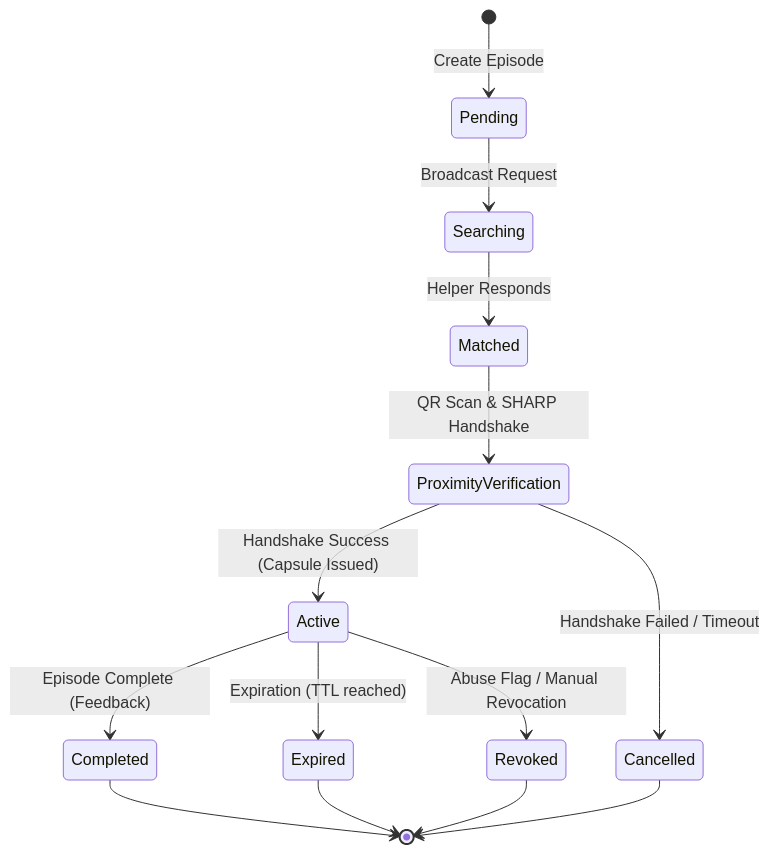
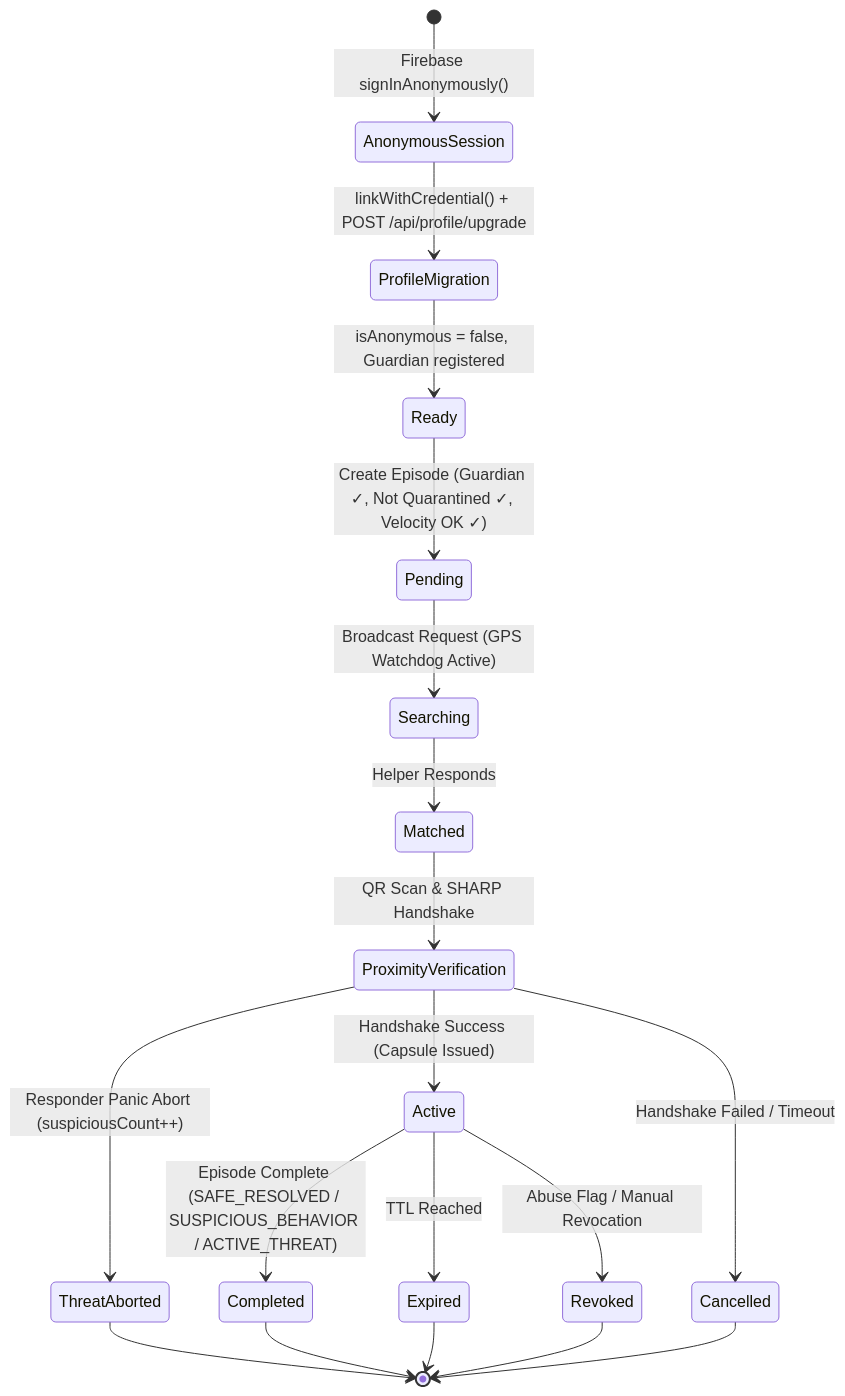
The diagram in discovery/5_user_flow.md (TheOrionGD/Connify-APP), drawn with Mermaid before and after one commit. The commit also changed other lines of this file and 40 other files, not shown here.

Commit message:
feat: implement v2.0 safety core architecture including behavioral risk engine, GPS watchdog services, and guardian management systems

````diff
--- a/discovery/5_user_flow.md
+++ b/discovery/5_user_flow.md
@@ -61,16 +111,21 @@
 ```mermaid
 stateDiagram-v2
-    [*] --> Pending : Create Episode
-    Pending --> Searching : Broadcast Request
+    [*] --> AnonymousSession : Firebase signInAnonymously()
+    AnonymousSession --> ProfileMigration : linkWithCredential() + POST /api/profile/upgrade
+    ProfileMigration --> Ready : isAnonymous = false, Guardian registered
+    Ready --> Pending : Create Episode (Guardian ✓, Not Quarantined ✓, Velocity OK ✓)
+    Pending --> Searching : Broadcast Request (GPS Watchdog Active)
     Searching --> Matched : Helper Responds
     Matched --> ProximityVerification : QR Scan & SHARP Handshake
     ProximityVerification --> Active : Handshake Success (Capsule Issued)
+    ProximityVerification --> ThreatAborted : Responder Panic Abort (suspiciousCount++)
     ProximityVerification --> Cancelled : Handshake Failed / Timeout
-    Active --> Completed : Episode Complete (Feedback)
-    Active --> Expired : Expiration (TTL reached)
+    Active --> Completed : Episode Complete (SAFE_RESOLVED / SUSPICIOUS_BEHAVIOR / ACTIVE_THREAT)
+    Active --> Expired : TTL Reached
     Active --> Revoked : Abuse Flag / Manual Revocation
+    ThreatAborted --> [*]
     Completed --> [*]
     Expired --> [*]
     Revoked --> [*]
     Cancelled --> [*]
 ```
````
